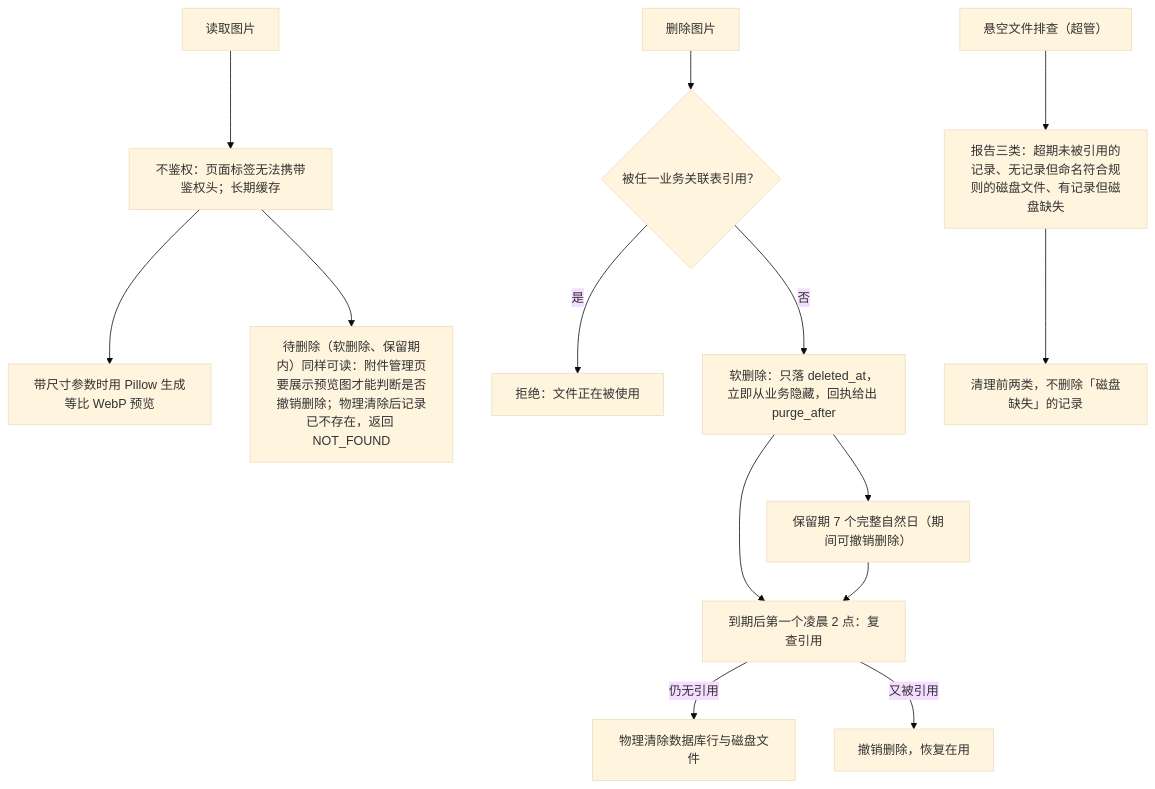
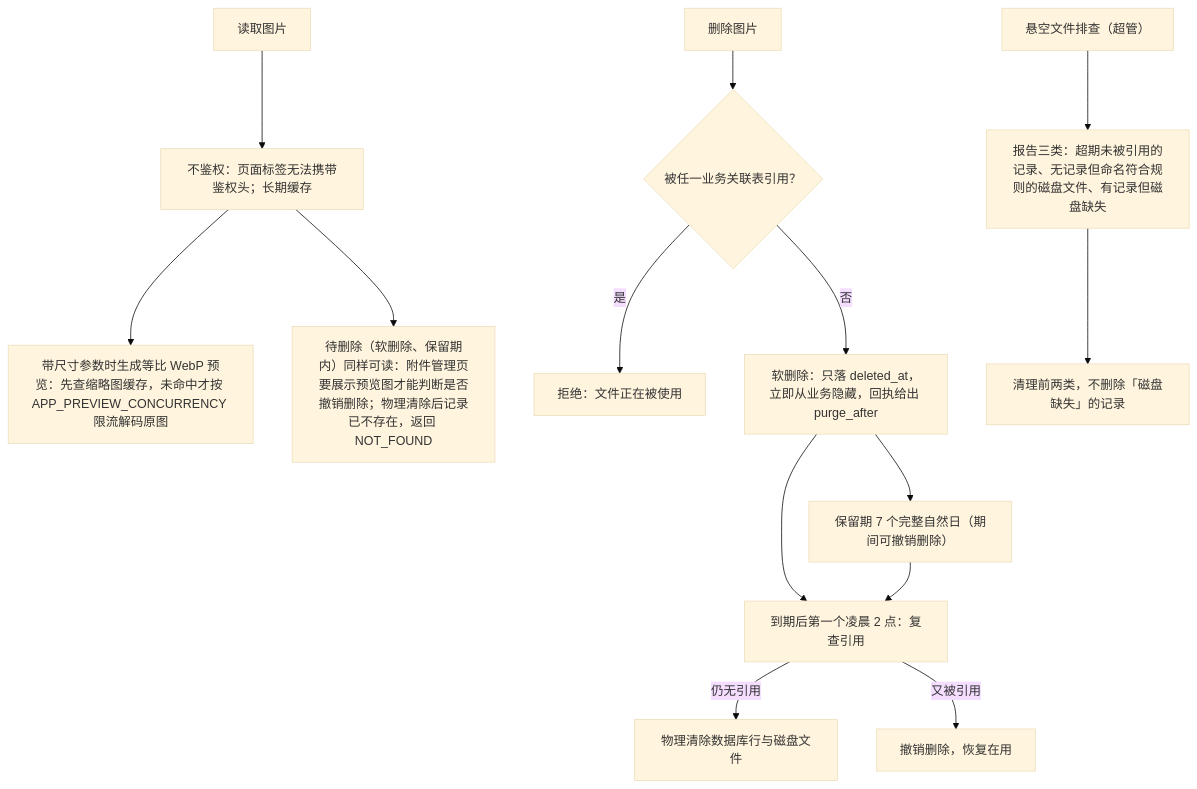
One commit to Sakana-1314/Electrical-Manager changed diagram 21 of 31 in docs/websites/pages/dev-flows.md. Above: the diagram before and after it, drawn with Mermaid (base theme). The commit also changed 10 other files, not shown here.

Commit message:
feat: 缩略图渲染并发上限与独立缓存目录 (#386)

````diff
--- a/docs/websites/pages/dev-flows.md
+++ b/docs/websites/pages/dev-flows.md
@@ -353,16 +353,16 @@
 ```mermaid
 flowchart TD
     A["读取图片"] --> B["不鉴权：页面标签无法携带鉴权头；长期缓存"]
-    B --> C["带尺寸参数时用 Pillow 生成等比 WebP 预览"]
+    B --> C["带尺寸参数时生成等比 WebP 预览：先查缩略图缓存，未命中才按 APP_PREVIEW_CONCURRENCY 限流解码原图"]
     B --> B1["待删除（软删除、保留期内）同样可读：附件管理页要展示预览图才能判断是否撤销删除；物理清除后记录已不存在，返回 NOT_FOUND"]
     D["删除图片"] --> E{"被任一业务关联表引用？"}
     E -- "是" --> F["拒绝：文件正在被使用"]
     E -- "否" --> G["软删除：只落 deleted_at，立即从业务隐藏，回执给出 purge_after"]
     G --> G1["保留期 7 个完整自然日（期间可撤销删除）"]
     G --> G2["批量标记还有新人保护期：上传未满 7 天且从未被引用的附件本轮不标记"]
     G1 --> G2["到期后第一个凌晨 2 点：复查引用"]
     G2 -- "仍无引用" --> G3["物理清除数据库行与磁盘文件"]
     G2 -- "又被引用" --> G4["撤销删除，恢复在用"]
     H["悬空文件排查（超管）"] --> I["报告三类：超期未被引用的记录、无记录但命名符合规则的磁盘文件、有记录但磁盘缺失"]
     I --> J["清理前两类，不删除「磁盘缺失」的记录"]
 ```
````
